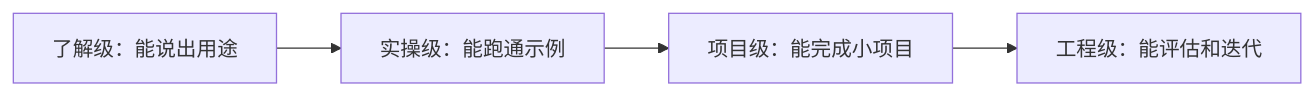
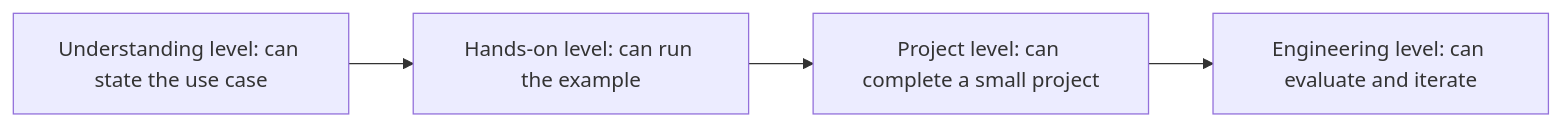
Before and after one commit to oudbiao/AI-fullstack-course: the diagram in docs/intro/assessment-standards.md, drawn with Mermaid. The commit also changed other lines of this file and 1406 other files, not shown here.

````diff
--- a/docs/intro/assessment-standards.md
+++ b/docs/intro/assessment-standards.md
@@ -14,6 +14,6 @@
 ```mermaid
 flowchart LR
-  A["了解级：能说出用途"] --> B["实操级：能跑通示例"]
-  B --> C["项目级：能完成小项目"]
-  C --> D["工程级：能评估和迭代"]
+  A["Understanding level: can state the use case"] --> B["Hands-on level: can run the example"]
+  B --> C["Project level: can complete a small project"]
+  C --> D["Engineering level: can evaluate and iterate"]
 ```
````
